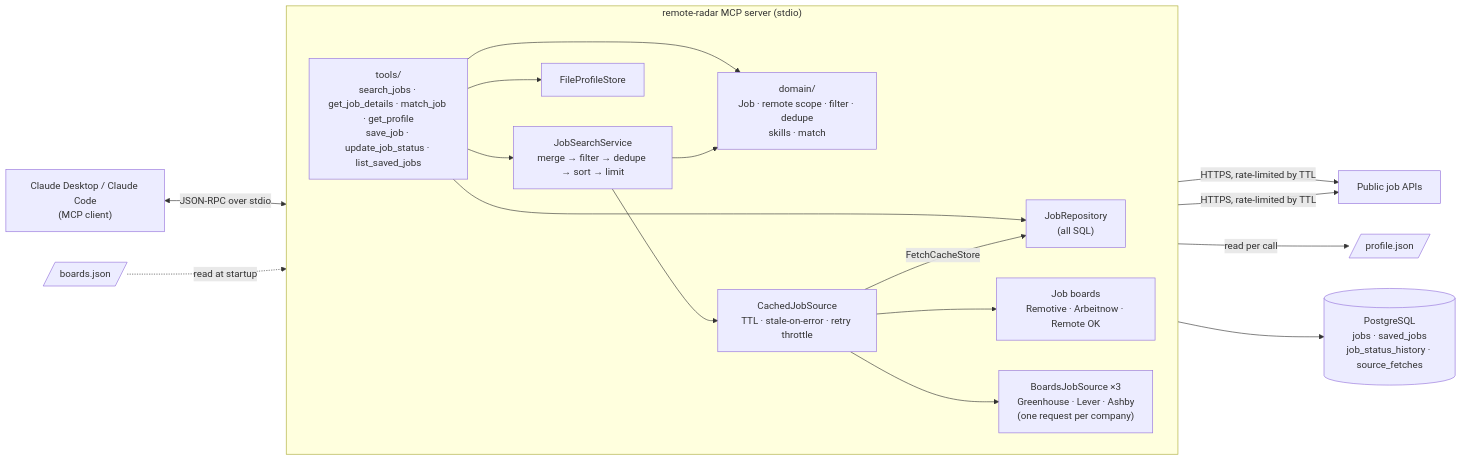
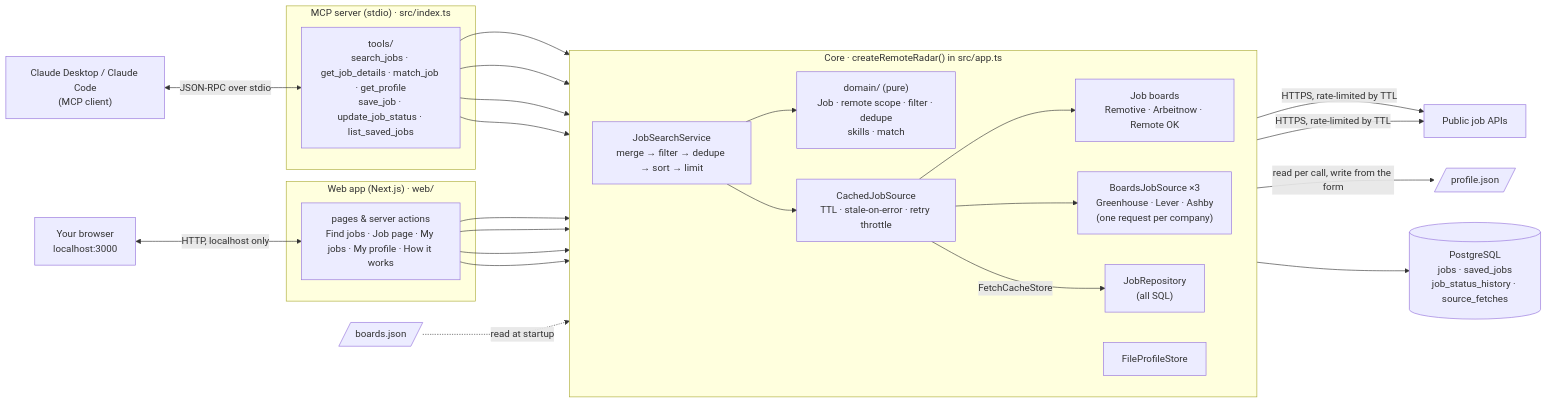
The diagram in README.md (DarioKnezovic/remote-radar-mcp), drawn with Mermaid before and after one commit. The commit also changed other lines of this file and 20 other files, not shown here.

````diff
--- a/README.md
+++ b/README.md
@@ -206,35 +279,41 @@
 ```mermaid
 flowchart LR
-  client["Claude Desktop / Claude Code<br/>(MCP client)"]
+  claude["Claude Desktop / Claude Code<br/>(MCP client)"]
+  browser["Your browser<br/>localhost:3000"]
 
-  subgraph server["remote-radar MCP server (stdio)"]
+  subgraph mcp["MCP server (stdio) · src/index.ts"]
+    tools["tools/<br/>search_jobs · get_job_details · match_job · get_profile<br/>save_job · update_job_status · list_saved_jobs"]
+  end
+
+  subgraph webapp["Web app (Next.js) · web/"]
+    pages["pages & server actions<br/>Find jobs · Job page · My jobs · My profile · How it works"]
+  end
+
+  subgraph core["Core · createRemoteRadar() in src/app.ts"]
     direction LR
-    tools["tools/<br/>search_jobs · get_job_details · match_job · get_profile<br/>save_job · update_job_status · list_saved_jobs"]
     search["JobSearchService<br/>merge → filter → dedupe → sort → limit"]
-    domain["domain/<br/>Job · remote scope · filter · dedupe<br/>skills · match"]
+    domain["domain/ (pure)<br/>Job · remote scope · filter · dedupe<br/>skills · match"]
     cache["CachedJobSource<br/>TTL · stale-on-error · retry throttle"]
     boardsrc["Job boards<br/>Remotive · Arbeitnow · Remote OK"]
     atssrc["BoardsJobSource ×3<br/>Greenhouse · Lever · Ashby<br/>(one request per company)"]
     repo["JobRepository<br/>(all SQL)"]
     profile["FileProfileStore"]
   end
 
   db[("PostgreSQL<br/>jobs · saved_jobs<br/>job_status_history · source_fetches")]
   apis["Public job APIs"]
   profilefile[/"profile.json"/]
   boardsfile[/"boards.json"/]
 
-  client <-->|JSON-RPC over stdio| tools
-  tools --> search
-  tools --> repo
-  tools --> profile
-  tools --> domain
+  claude <-->|JSON-RPC over stdio| tools
+  browser <-->|HTTP, localhost only| pages
+  tools & pages --> search & repo & profile & domain
   search --> domain
   search --> cache
   cache --> boardsrc & atssrc
   cache -->|FetchCacheStore| repo
   boardsrc & atssrc -->|HTTPS, rate-limited by TTL| apis
-  profile -->|read per call| profilefile
+  profile -->|read per call, write from the form| profilefile
   boardsfile -.->|read at startup| atssrc
   repo --> db
 ```
````
